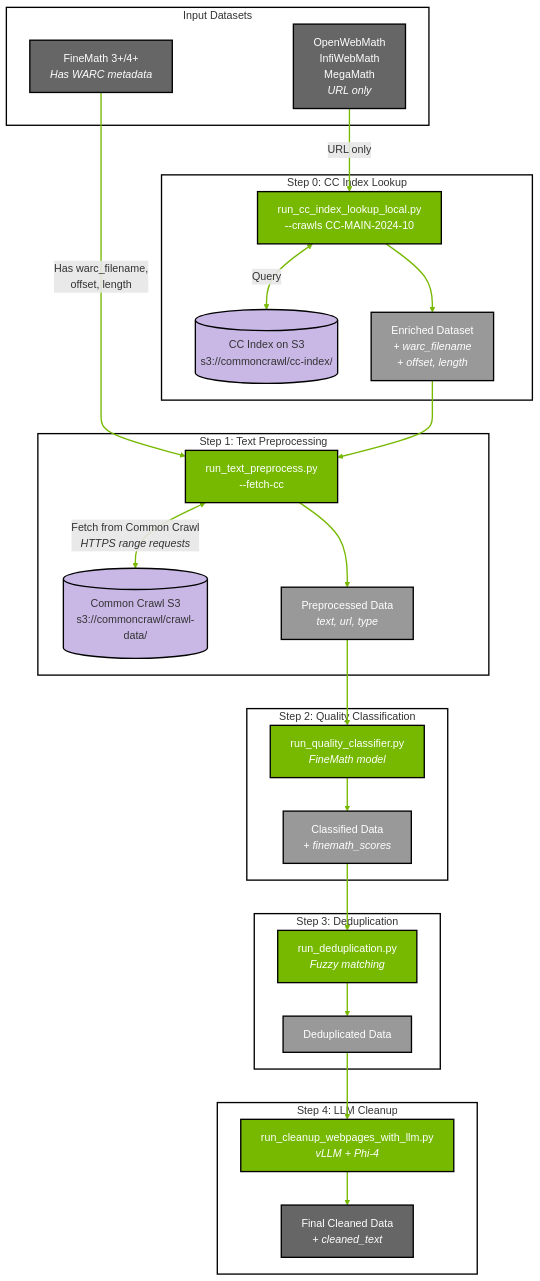
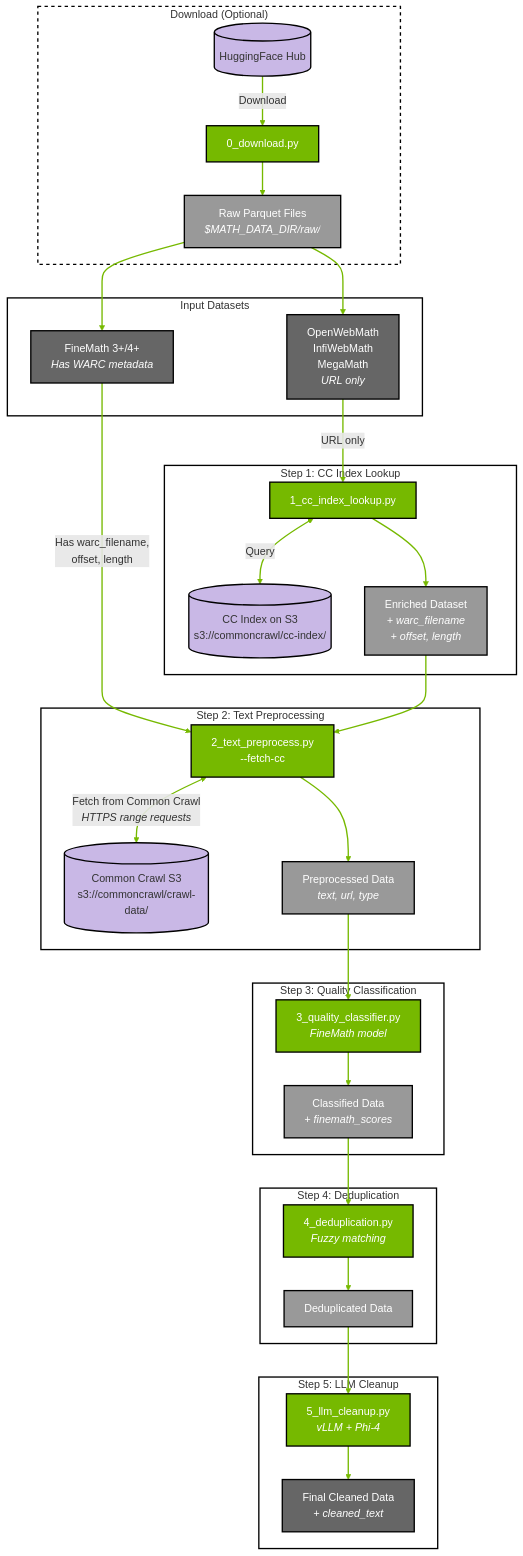
The diagram in tutorials/math/README.md (NVIDIA-NeMo/Curator), drawn with Mermaid before and after one commit. The commit also changed other lines of this file and 10 other files, not shown here.

First line of the commit message:
Refactor math tutorials to use numbered scripts and improve code quality

````diff
--- a/tutorials/math/README.md
+++ b/tutorials/math/README.md
@@ -161,36 +149,48 @@
 ```mermaid
 flowchart TD
+    subgraph download["Download (Optional)"]
+        HF[("HuggingFace Hub")]
+        DL["0_download.py"]
+        RAW["Raw Parquet Files<br/><i>$MATH_DATA_DIR/raw/</i>"]
+    end
+
     subgraph datasets["Input Datasets"]
         D1["FineMath 3+/4+<br/><i>Has WARC metadata</i>"]
         D2["OpenWebMath<br/>InfiWebMath<br/>MegaMath<br/><i>URL only</i>"]
     end
 
-    subgraph step0["Step 0: CC Index Lookup"]
+    subgraph step1["Step 1: CC Index Lookup"]
         CC_INDEX[("CC Index on S3<br/>s3://commoncrawl/cc-index/")]
-        LOOKUP["run_cc_index_lookup_local.py<br/>--crawls CC-MAIN-2024-10"]
+        LOOKUP["1_cc_index_lookup.py"]
         ENRICHED["Enriched Dataset<br/><i>+ warc_filename</i><br/><i>+ offset, length</i>"]
     end
 
-    subgraph step1["Step 1: Text Preprocessing"]
+    subgraph step2["Step 2: Text Preprocessing"]
         CC_S3[("Common Crawl S3<br/>s3://commoncrawl/crawl-data/")]
-        EXTRACT["run_text_preprocess.py<br/>--fetch-cc"]
+        EXTRACT["2_text_preprocess.py<br/>--fetch-cc"]
         PREPROCESSED["Preprocessed Data<br/><i>text, url, type</i>"]
     end
 
-    subgraph step2["Step 2: Quality Classification"]
-        CLASSIFY["run_quality_classifier.py<br/><i>FineMath model</i>"]
+    subgraph step3["Step 3: Quality Classification"]
+        CLASSIFY["3_quality_classifier.py<br/><i>FineMath model</i>"]
         CLASSIFIED["Classified Data<br/><i>+ finemath_scores</i>"]
     end
 
-    subgraph step3["Step 3: Deduplication"]
-        DEDUP["run_deduplication.py<br/><i>Fuzzy matching</i>"]
+    subgraph step4["Step 4: Deduplication"]
+        DEDUP["4_deduplication.py<br/><i>Fuzzy matching</i>"]
         DEDUPED["Deduplicated Data"]
     end
 
-    subgraph step4["Step 4: LLM Cleanup"]
-        LLM["run_cleanup_webpages_with_llm.py<br/><i>vLLM + Phi-4</i>"]
+    subgraph step5["Step 5: LLM Cleanup"]
+        LLM["5_llm_cleanup.py<br/><i>vLLM + Phi-4</i>"]
         FINAL["Final Cleaned Data<br/><i>+ cleaned_text</i>"]
     end
+
+    %% Download flow (optional)
+    HF -->|"Download"| DL
+    DL --> RAW
+    RAW --> D1
+    RAW --> D2
 
     %% Flow for datasets WITH WARC metadata
     D1 -->|"Has warc_filename,<br/>offset, length"| EXTRACT
@@ -219,7 +219,7 @@
     %% Light Gray (#999999): Intermediate outputs
     %% Purple (#7b68ee): Data stores, S3 buckets (cylinders)
     %% All boxes have black borders (#000000)
-    
+
     classDef nvidiaGreen fill:#76b900,stroke:#000000,color:white,stroke-width:2px
     classDef nvidiaGray fill:#666666,stroke:#000000,color:white,stroke-width:2px
     classDef nvidiaLightGray fill:#999999,stroke:#000000,color:white,stroke-width:2px
@@ -229,25 +229,26 @@
     %% Input datasets - Gray
     class D1,D2 nvidiaGray
 
-    %% External S3 data stores - Purple (cylinders)
-    class CC_INDEX,CC_S3 nvidiaPurple
+    %% External data stores - Purple (cylinders)
+    class HF,CC_INDEX,CC_S3 nvidiaPurple
 
     %% Processing steps (Python scripts) - NVIDIA Green
-    class LOOKUP,EXTRACT,CLASSIFY,DEDUP,LLM nvidiaGreen
+    class DL,LOOKUP,EXTRACT,CLASSIFY,DEDUP,LLM nvidiaGreen
 
     %% Intermediate outputs - Light Gray
-    class ENRICHED,PREPROCESSED,CLASSIFIED,DEDUPED nvidiaLightGray
+    class RAW,ENRICHED,PREPROCESSED,CLASSIFIED,DEDUPED nvidiaLightGray
 
     %% Final output - Gray
     class FINAL nvidiaGray
 
     %% Subgraph styling (Note: subgraph styling support varies by renderer)
+    style download fill:transparent,stroke:#000000,stroke-width:2px,stroke-dasharray:5 5,color:#333
     style datasets fill:transparent,stroke:#000000,stroke-width:2px,color:#333
-    style step0 fill:transparent,stroke:#000000,stroke-width:2px,color:#333
     style step1 fill:transparent,stroke:#000000,stroke-width:2px,color:#333
     style step2 fill:transparent,stroke:#000000,stroke-width:2px,color:#333
     style step3 fill:transparent,stroke:#000000,stroke-width:2px,color:#333
     style step4 fill:transparent,stroke:#000000,stroke-width:2px,color:#333
+    style step5 fill:transparent,stroke:#000000,stroke-width:2px,color:#333
 
     %% Link/Arrow styling (Note: linkStyle support varies by renderer)
     linkStyle default stroke:#76b900,stroke-width:2px
````
